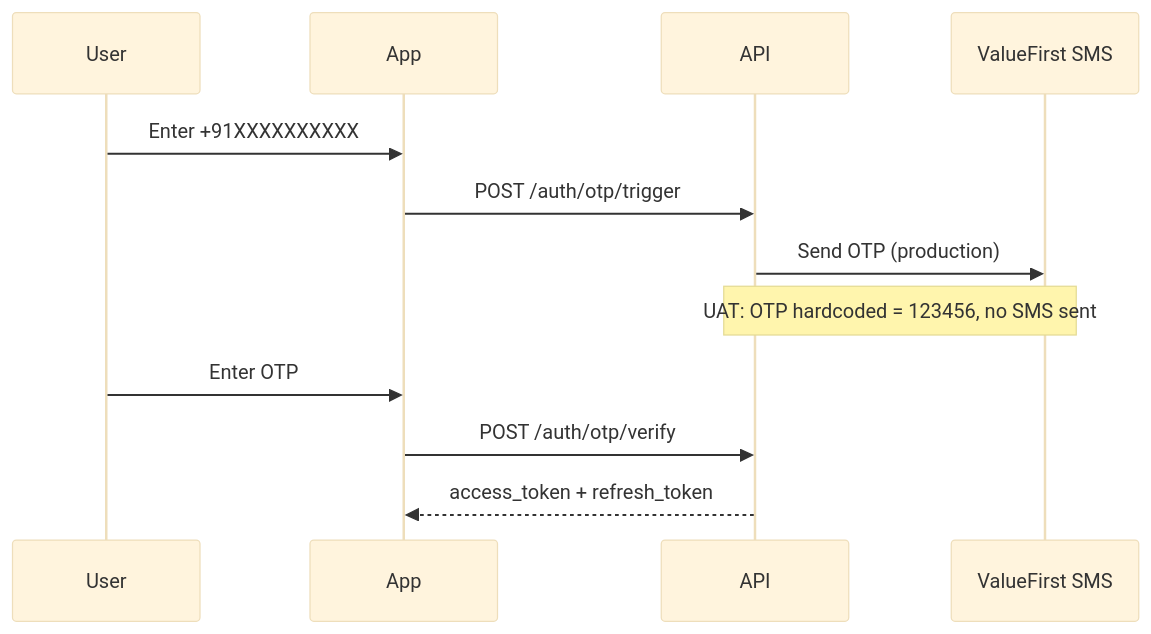
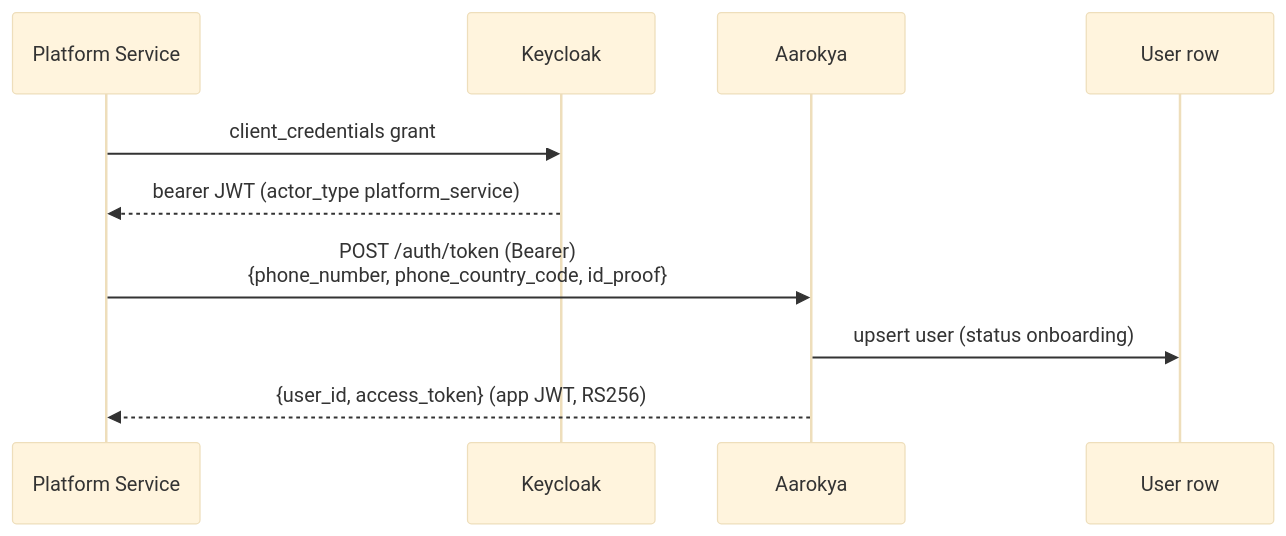
Before and after one commit to anu19981/aarokya-backend: the first of 2 diagrams in api-reference/decisions/adr-003-auth-design.mdx, drawn with Mermaid (base theme). The commit also changed other lines of this file and 82 other files, not shown here.

Commit message:
sync: update api-reference from aarokya-agentic-app

````diff
--- a/api-reference/decisions/adr-003-auth-design.mdx
+++ b/api-reference/decisions/adr-003-auth-design.mdx
@@ -26,15 +31,13 @@
 ```mermaid
 sequenceDiagram
-    participant U as User
-    participant App
-    participant API
-    participant SMS as ValueFirst SMS
+    participant Plat as Platform Service
+    participant KC as Keycloak
+    participant API as Aarokya
+    participant U as User row
 
-    U->>App: Enter +91XXXXXXXXXX
-    App->>API: POST /auth/otp/trigger
-    API->>SMS: Send OTP (production)
-    Note over API,SMS: UAT: OTP hardcoded = 123456, no SMS sent
-    U->>App: Enter OTP
-    App->>API: POST /auth/otp/verify
-    API-->>App: access_token + refresh_token
+    Plat->>KC: client_credentials grant
+    KC-->>Plat: bearer JWT (actor_type platform_service)
+    Plat->>API: POST /auth/token (Bearer)<br/>{phone_number, phone_country_code, id_proof}
+    API->>U: upsert user (status onboarding)
+    API-->>Plat: {user_id, access_token} (app JWT, RS256)
 ```
````
